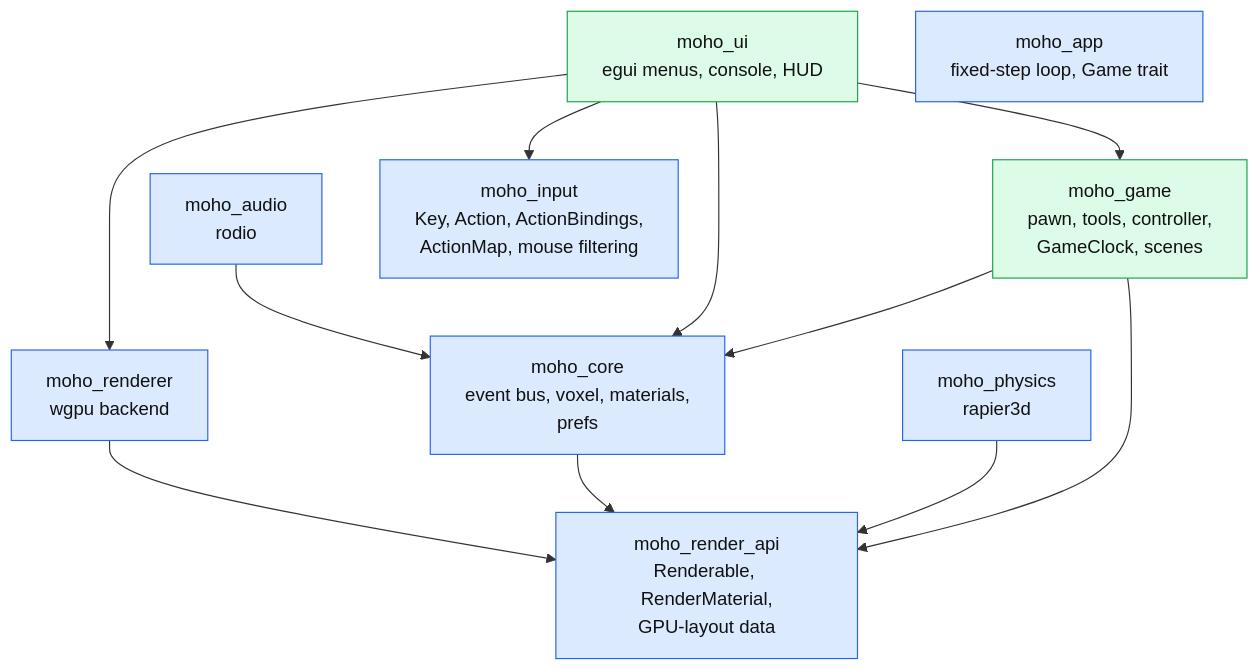
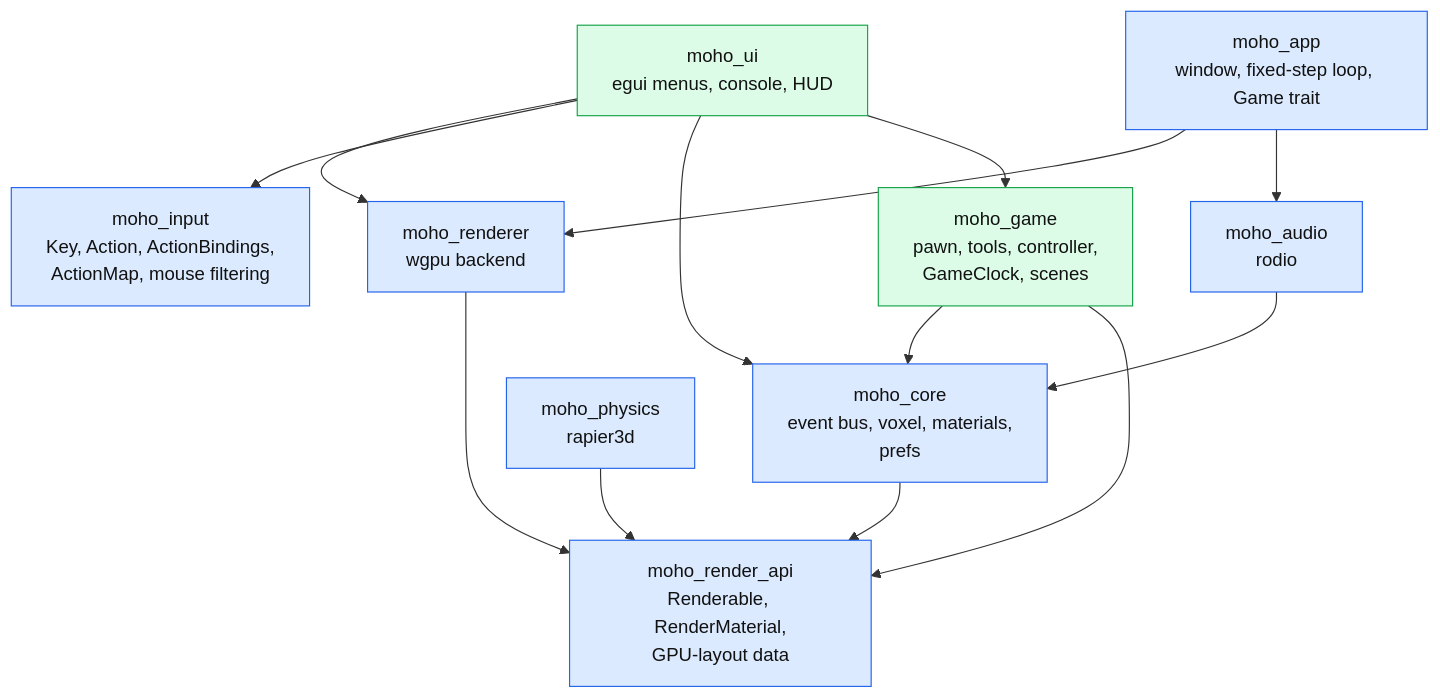
Before and after one commit to WrackedFella/moho: the first of 3 diagrams in wiki/architecture/overview.md, drawn with Mermaid. The commit also changed other lines of this file and 28 other files, not shown here.

First line of the commit message:
feat(app): ENG-F11-02, the strategy game runs on the engine's app loop (#240)

````diff
--- a/wiki/architecture/overview.md
+++ b/wiki/architecture/overview.md
@@ -17,23 +17,24 @@
 ```mermaid
 flowchart TD
     ui["moho_ui<br/>egui menus, console, HUD"]:::strategy
     game["moho_game<br/>pawn, tools, controller,<br/>GameClock, scenes"]:::strategy
 
     renderer["moho_renderer<br/>wgpu backend"]:::engine
     rapi["moho_render_api<br/>Renderable, RenderMaterial,<br/>GPU-layout data"]:::engine
     core["moho_core<br/>event bus, voxel, materials,<br/>prefs"]:::engine
     audio["moho_audio<br/>rodio"]:::engine
     physics["moho_physics<br/>rapier3d"]:::engine
     input["moho_input<br/>Key, Action, ActionBindings,<br/>ActionMap, mouse filtering"]:::engine
-    app["moho_app<br/>fixed-step loop, Game trait"]:::engine
+    app["moho_app<br/>window, fixed-step loop, Game trait"]:::engine
 
     ui --> renderer & input & core & game
     game --> core & rapi
     renderer --> rapi
+    app --> renderer & audio
     audio --> core
     physics --> rapi
     core --> rapi
 
     classDef engine fill:#dbeafe,stroke:#2563eb,color:#111
     classDef strategy fill:#dcfce7,stroke:#16a34a,color:#111
 ```
````
